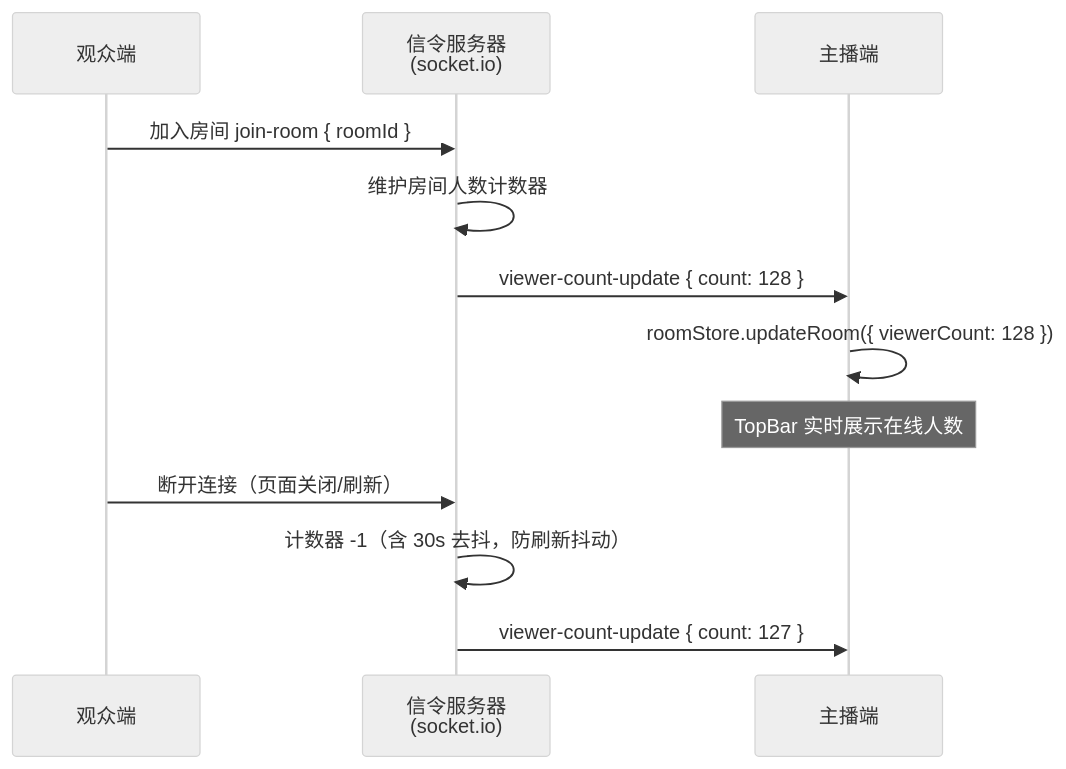
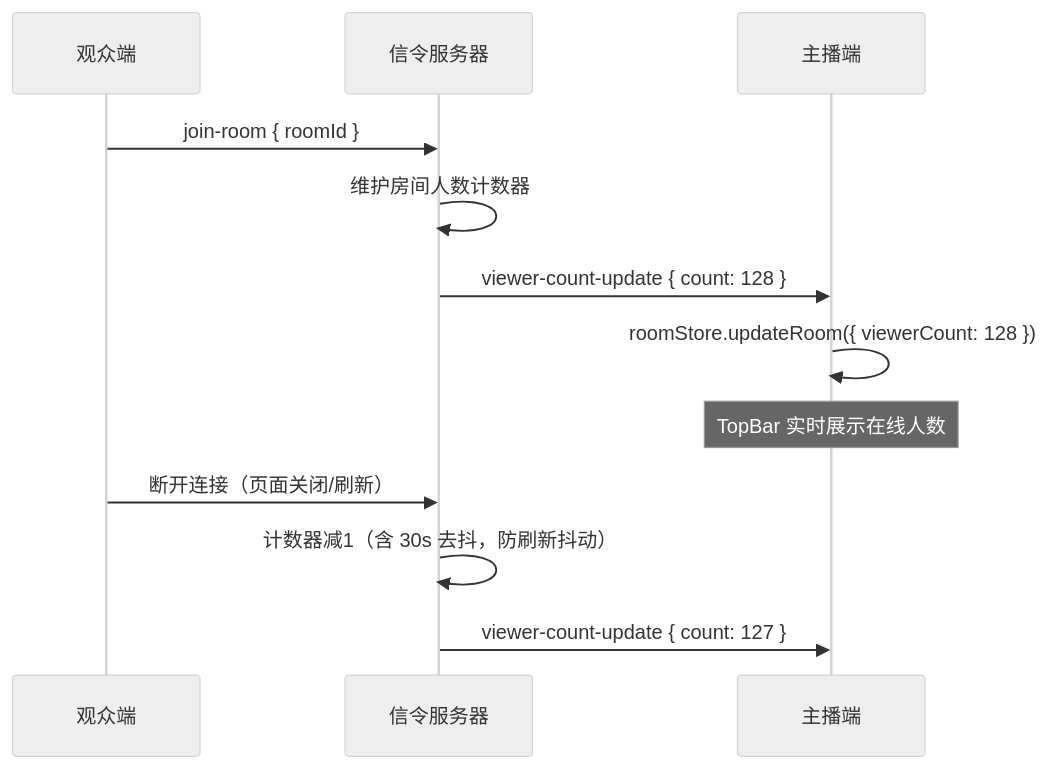
One commit to fancrystal/liveWebH5 changed the tenth of 15 diagrams in docs/progress-report-streaming-module.md. Above: the diagram before and after it, drawn with Mermaid (neutral theme). The commit also changed other lines of this file, not shown here.

Commit message:
docs: 修复汇报文档中所有 Mermaid 语法错误

````diff
--- a/docs/progress-report-streaming-module.md
+++ b/docs/progress-report-streaming-module.md
@@ -312,16 +313,16 @@
 ```mermaid
 sequenceDiagram
     participant 观众端
-    participant 信令服务 as 信令服务器<br/>(socket.io)
+    participant 信令服务 as 信令服务器
     participant 主播端
 
-    观众端->>信令服务: 加入房间 join-room { roomId }
+    观众端->>信令服务: join-room { roomId }
     信令服务->>信令服务: 维护房间人数计数器
     信令服务->>主播端: viewer-count-update { count: 128 }
     主播端->>主播端: roomStore.updateRoom({ viewerCount: 128 })
     Note over 主播端: TopBar 实时展示在线人数
 
     观众端->>信令服务: 断开连接（页面关闭/刷新）
-    信令服务->>信令服务: 计数器 -1（含 30s 去抖，防刷新抖动）
+    信令服务->>信令服务: 计数器减1（含 30s 去抖，防刷新抖动）
     信令服务->>主播端: viewer-count-update { count: 127 }
 ```
````
